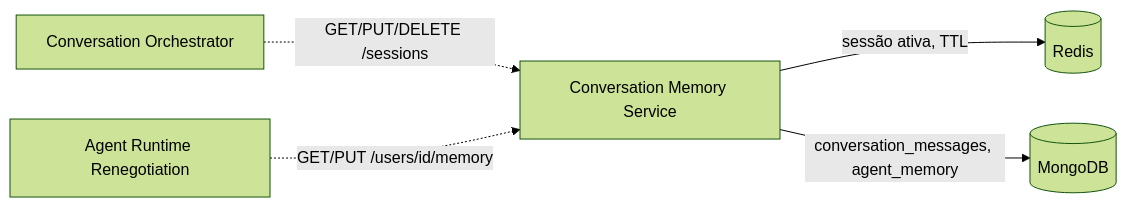
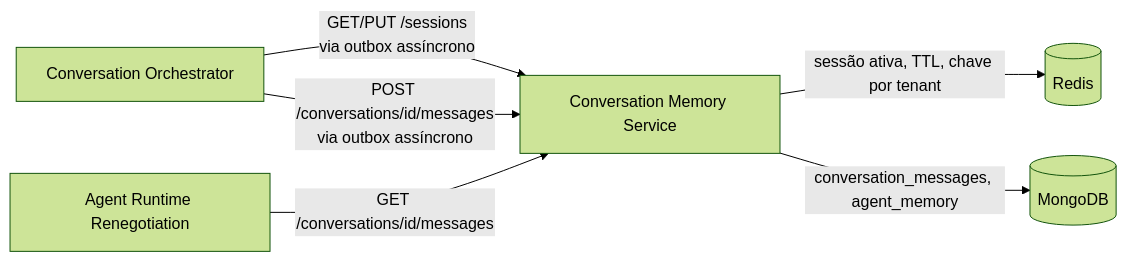
One commit to leandrosflora/conversation-memory-service changed the diagram in README.md. Above: the diagram before and after it, drawn with Mermaid (forest theme). The commit also changed other lines of this file, not shown here.

````diff
--- a/README.md
+++ b/README.md
@@ -9,7 +9,8 @@
 ```mermaid
 flowchart LR
-    Orchestrator[Conversation Orchestrator] -.->|GET/PUT/DELETE /sessions| Memory[Conversation Memory Service]
-    AgentRuntime[Agent Runtime Renegotiation] -.->|GET/PUT /users/id/memory| Memory
-    Memory -->|sessão ativa, TTL| Redis[(Redis)]
+    Orchestrator[Conversation Orchestrator] -->|GET/PUT /sessions\nvia outbox assíncrono| Memory[Conversation Memory Service]
+    Orchestrator -->|POST /conversations/id/messages\nvia outbox assíncrono| Memory
+    AgentRuntime[Agent Runtime Renegotiation] -->|GET /conversations/id/messages| Memory
+    Memory -->|sessão ativa, TTL, chave por tenant| Redis[(Redis)]
     Memory -->|conversation_messages, agent_memory| Mongo[(MongoDB)]
 ```
````
